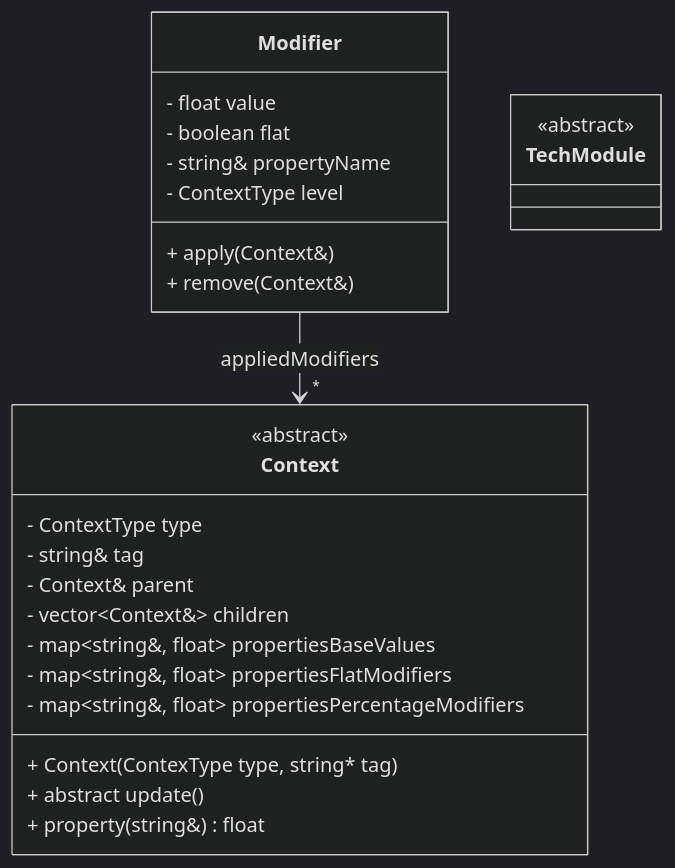
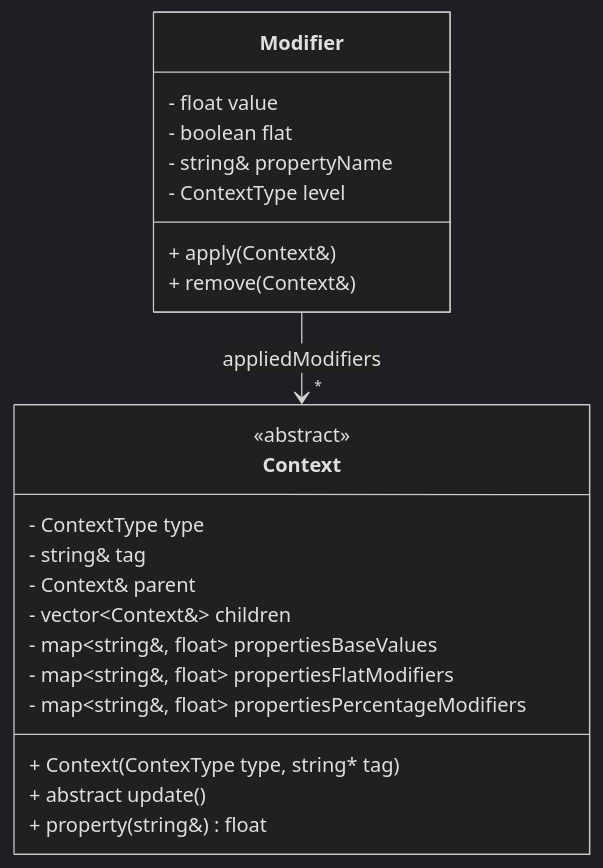
Before and after one commit to StrangeClone/SSequel: the second of 3 diagrams in desing.md, drawn with Mermaid (dark theme). The commit also changed other lines of this file and 1 other file, not shown here.

Commit message:
Version 0.1.1 - Added TechModule

````diff
--- a/desing.md
+++ b/desing.md
@@ -37,29 +37,25 @@
 ```mermaid
 classDiagram
     class Context {
         <<abstract>>
         - ContextType type
         - string& tag
         - Context& parent
         - vector~Context&~ children
         - map~string&, float~ propertiesBaseValues
         - map~string&, float~ propertiesFlatModifiers
         - map~string&, float~ propertiesPercentageModifiers
         + Context(ContexType type, string* tag)
         + abstract update()
         + property(string&) float
     }
     class Modifier {
         - float value
         - boolean flat
         - string& propertyName
         - ContextType level
         + apply(Context&)
         + remove(Context&)
     }
     Modifier --> "*" Context : appliedModifiers
-    class TechModule {
-        <<abstract>>
-
-    }
 ```
````
